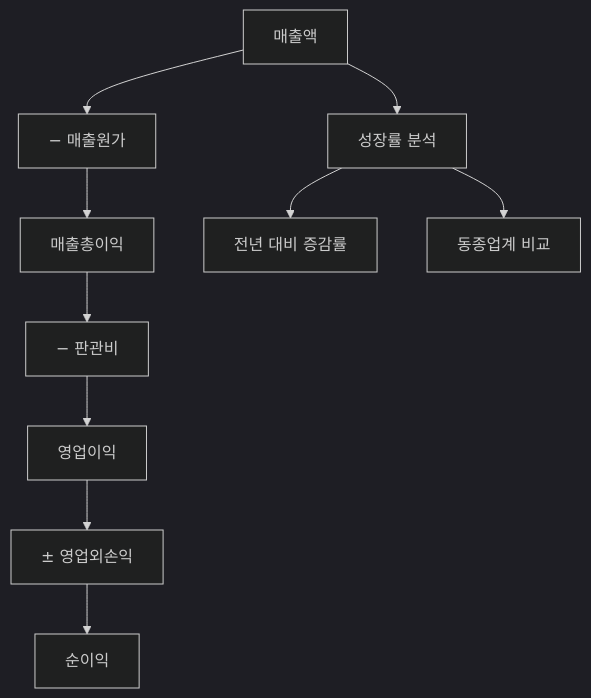
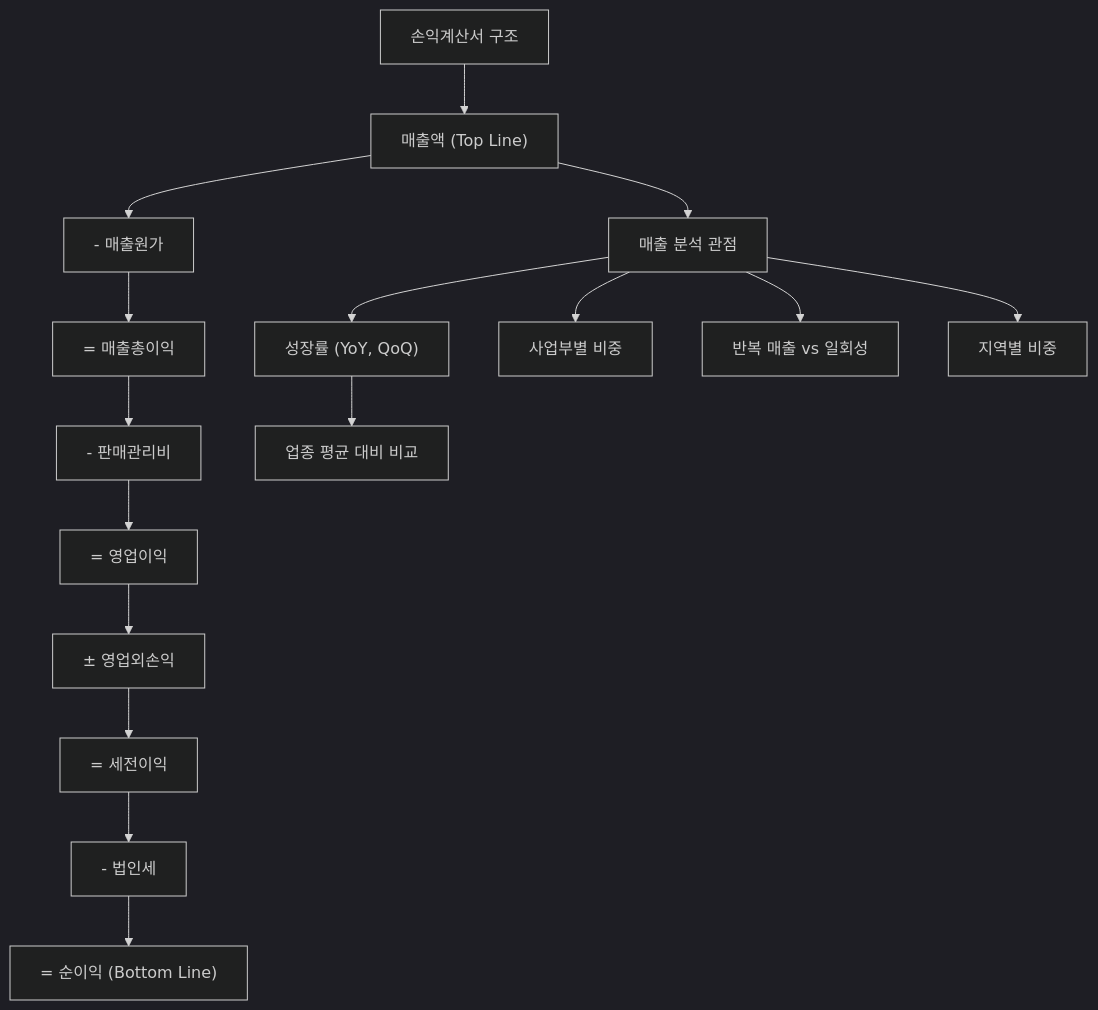
The diagram in content/stock-terms/ko/level-03-financial-statements/revenue.md (yeongseon/stock-visual-note), drawn with Mermaid (dark theme) before and after one commit. The commit also changed other lines of this file, not shown here.

Commit message:
content: rewrite revenue.md — 매출의 질 분석법, PSR 활용, 성장률 vs 비용 증가율 비교

````diff
--- a/content/stock-terms/ko/level-03-financial-statements/revenue.md
+++ b/content/stock-terms/ko/level-03-financial-statements/revenue.md
@@ -53,13 +56,18 @@
 ```mermaid
 graph TD
-    A["매출액"]
-    A --> B["− 매출원가"]
-    A --> C["성장률 분석"]
-    B --> D["매출총이익"]
-    D --> E["− 판관비"]
-    E --> F["영업이익"]
+    A["손익계산서 구조"] --> B["매출액 (Top Line)"]
+    B --> C["- 매출원가"]
+    C --> D["= 매출총이익"]
+    D --> E["- 판매관리비"]
+    E --> F["= 영업이익"]
     F --> G["± 영업외손익"]
-    G --> H["순이익"]
-    C --> I["전년 대비 증감률"]
-    C --> J["동종업계 비교"]
+    G --> H["= 세전이익"]
+    H --> I["- 법인세"]
+    I --> J["= 순이익 (Bottom Line)"]
+    B --> K["매출 분석 관점"]
+    K --> L["성장률 (YoY, QoQ)"]
+    K --> M["사업부별 비중"]
+    K --> N["반복 매출 vs 일회성"]
+    K --> O["지역별 비중"]
+    L --> P["업종 평균 대비 비교"]
 ```
````
